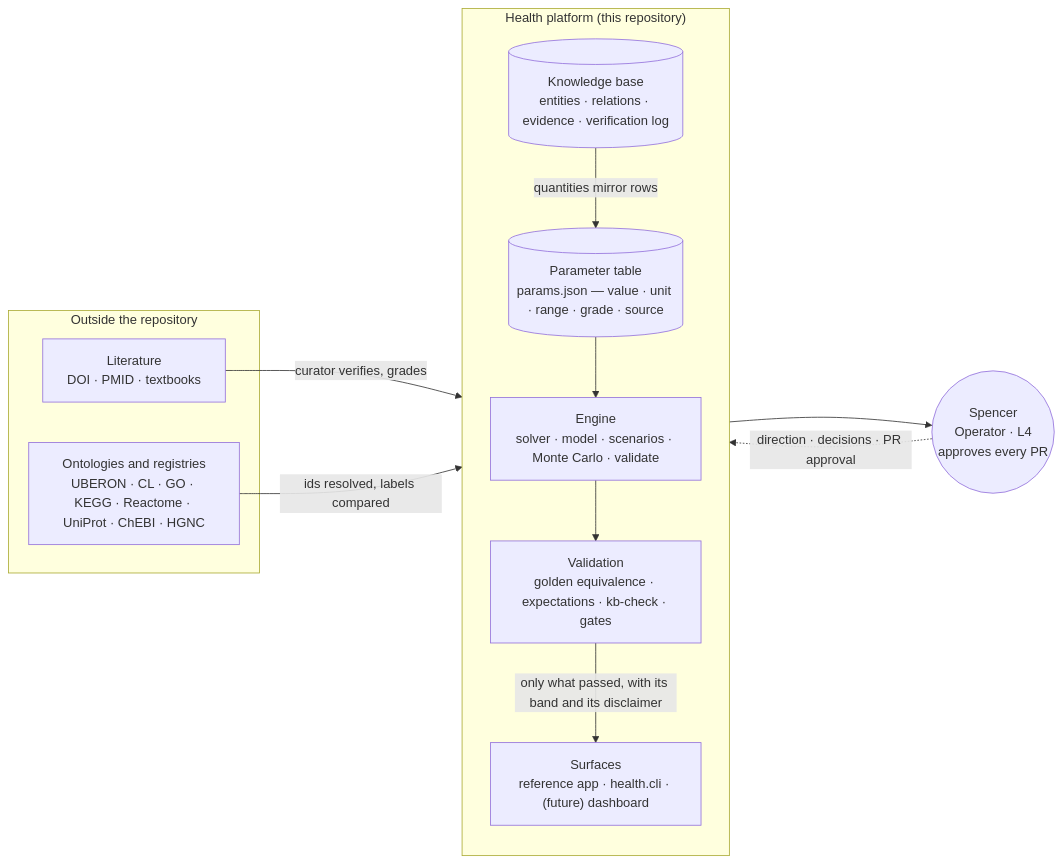
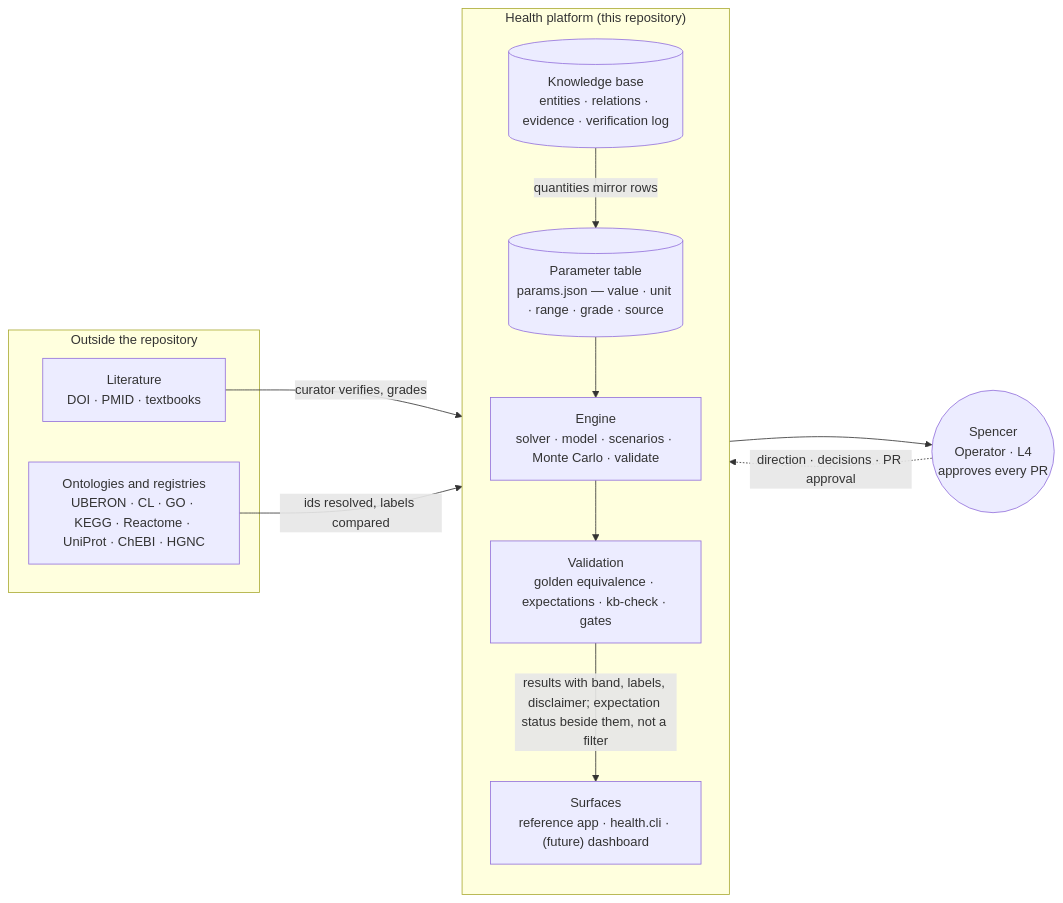
Before and after one commit to spencerwon/navanax1: the diagram in docs/health/diagrams/01_system_context.mmd, drawn with Mermaid. The commit also changed 21 other files, not shown here.

```diff
--- a/docs/health/diagrams/01_system_context.mmd
+++ b/docs/health/diagrams/01_system_context.mmd
@@ -1,23 +1,23 @@
 %% docs/health/06_ARCHITECTURE.md §1 — system context
 flowchart LR
   Op(("Spencer<br/>Operator · L4<br/>approves every PR"))
   subgraph SRC["Outside the repository"]
     Lit["Literature<br/>DOI · PMID · textbooks"]
     Onto["Ontologies and registries<br/>UBERON · CL · GO · KEGG · Reactome · UniProt · ChEBI · HGNC"]
   end
   subgraph HP["Health platform (this repository)"]
     direction TB
     KB[("Knowledge base<br/>entities · relations · evidence · verification log")]
     PR[("Parameter table<br/>params.json — value · unit · range · grade · source")]
     EN["Engine<br/>solver · model · scenarios · Monte Carlo · validate"]
     VH["Validation<br/>golden equivalence · expectations · kb-check · gates"]
     SF["Surfaces<br/>reference app · health.cli · (future) dashboard"]
   end
   Lit -->|"curator verifies, grades"| KB
   Onto -->|"ids resolved, labels compared"| KB
   KB -->|"quantities mirror rows"| PR
   PR --> EN
   EN --> VH
-  VH -->|"only what passed, with its band and its disclaimer"| SF
+  VH -->|"results with band, labels, disclaimer; expectation status beside them, not a filter"| SF
   SF --> Op
   Op -.->|"direction · decisions · PR approval"| HP
```
